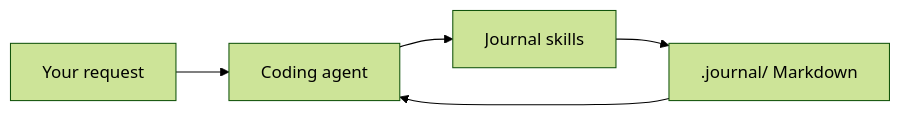
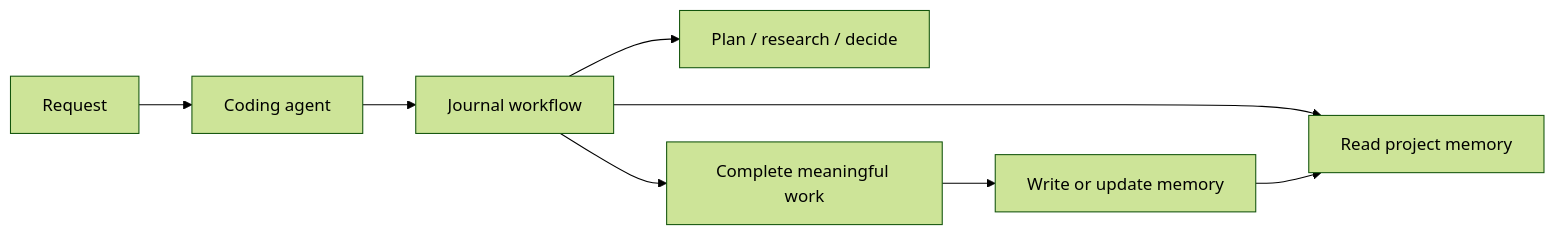
One commit to AlexandruCalinica/djournal changed the diagram in README.md. Above: the diagram before and after it, drawn with Mermaid (forest theme). The commit also changed other lines of this file, not shown here.

Commit message:
docs: define Journal manifesto

````diff
--- a/README.md
+++ b/README.md
@@ -11,7 +90,10 @@
 ```mermaid
 flowchart LR
-    R[Your request] --> A[Coding agent]
-    A --> S[Journal skills]
-    S --> M[.journal/ Markdown]
-    M --> A
+    R[Request] --> A[Coding agent]
+    A --> W[Journal workflow]
+    W --> M[Read project memory]
+    W --> X[Plan / research / decide]
+    W --> C[Complete meaningful work]
+    C --> J[Write or update memory]
+    J --> M
 ```
````
